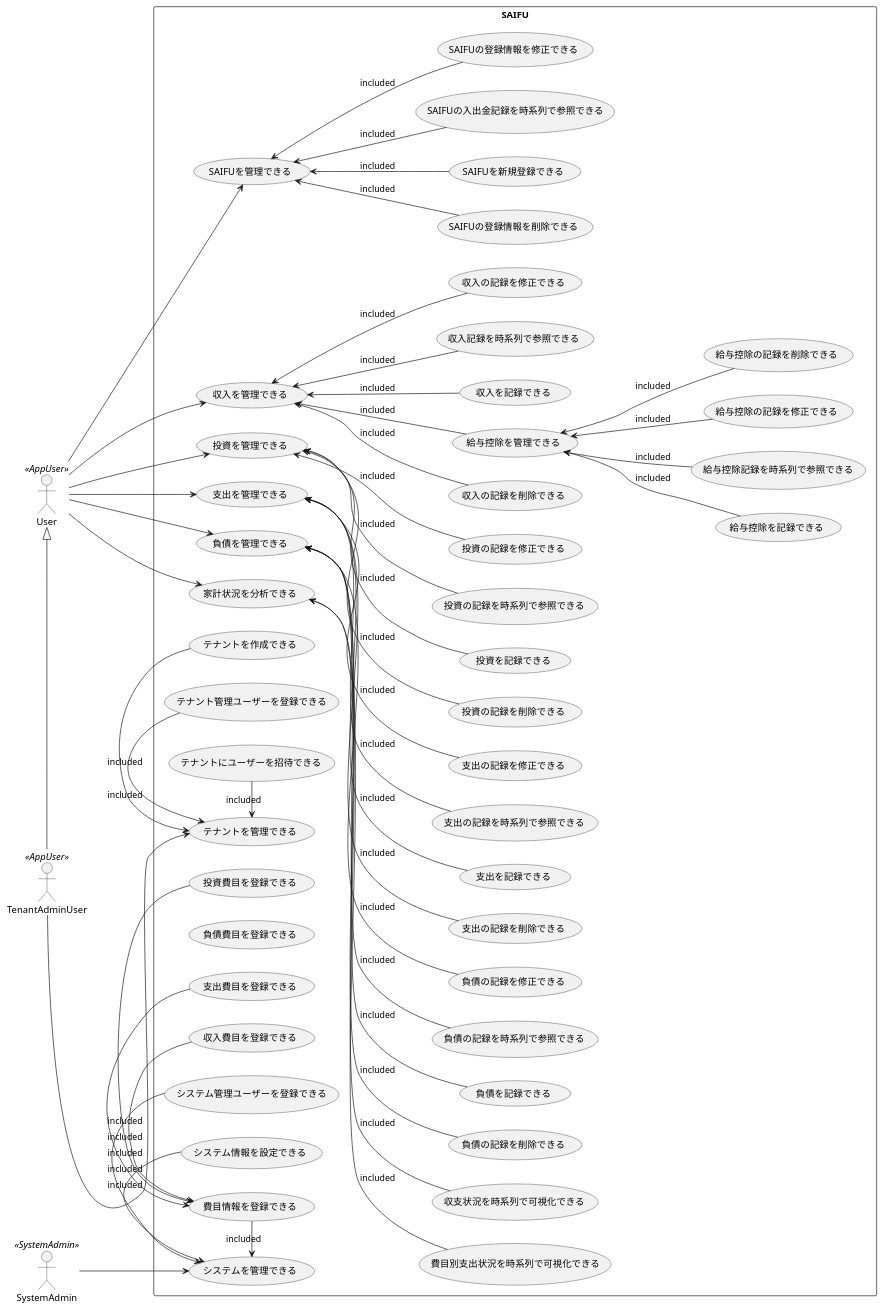
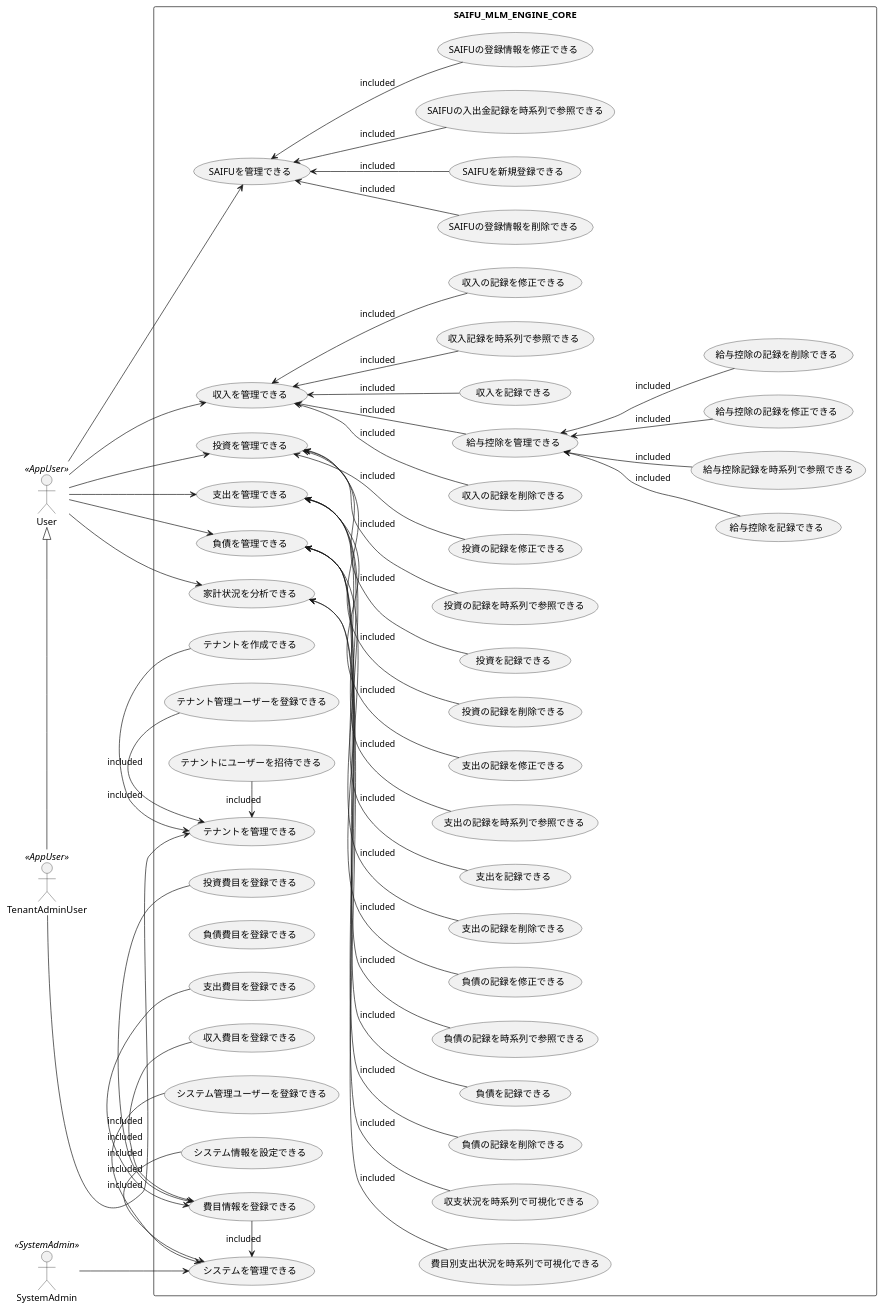
One commit to JojiKoike/saifu-docs changed the diagram in design/UseCase.wsd. Above: the diagram before and after it, drawn with PlantUML.

Commit message:
ユースケースの対象システム名修正

```diff
--- a/design/UseCase.wsd
+++ b/design/UseCase.wsd
@@ -1,122 +1,122 @@
 @startuml
 left to right direction
 
 ' Actor
 SystemAdmin <<SystemAdmin>>
 User <<AppUser>>
 TenantAdminUser <<AppUser>>
 User <|- TenantAdminUser
 
 ' Usecase
-rectangle SAIFU {
+rectangle SAIFU_MLM_ENGINE_CORE {
   ' Usecase Definitions
   ' System Admin Usecase
   usecase "システムを管理できる" as UC1
   usecase "費目情報を登録できる" as UC1_1
   usecase "収入費目を登録できる" as UC1_1_1
   usecase "投資費目を登録できる" as UC1_1_2
   usecase "支出費目を登録できる" as UC1_1_3
   usecase "負債費目を登録できる" as UC1_1_4
   usecase "システム管理ユーザーを登録できる" as UC1_2
   usecase "システム情報を設定できる" as UC1_3
   ' テナント
   usecase "テナントを管理できる" as UC2
   usecase "テナントを作成できる" as UC2_1
   usecase "テナント管理ユーザーを登録できる" as UC2_2
   usecase "テナントにユーザーを招待できる" as UC2_3
  ' SAIFU
   usecase "SAIFUを管理できる" as UC3
   usecase "SAIFUを新規登録できる" as UC3_1
   usecase "SAIFUの入出金記録を時系列で参照できる" as UC3_2
   usecase "SAIFUの登録情報を修正できる" as UC3_3
   usecase "SAIFUの登録情報を削除できる" as UC3_4
   ' 収入
   usecase "収入を管理できる" as UC4
   usecase "収入を記録できる" as UC4_1
   usecase "収入記録を時系列で参照できる" as UC4_2
   usecase "収入の記録を修正できる" as UC4_3
   usecase "収入の記録を削除できる" as UC4_4
   ' 給与控除
   usecase "給与控除を管理できる" as UC4_5
   usecase "給与控除を記録できる" as UC4_5_1
   usecase "給与控除記録を時系列で参照できる" as UC4_5_2
   usecase "給与控除の記録を修正できる" as UC4_5_3
   usecase "給与控除の記録を削除できる" as UC4_5_4
   ' 投資
   usecase "投資を管理できる" as UC5
   usecase "投資を記録できる" as UC5_1
   usecase "投資の記録を時系列で参照できる" as UC5_2
   usecase "投資の記録を修正できる" as UC5_3
   usecase "投資の記録を削除できる" as UC5_4
   ' 支出
   usecase "支出を管理できる" as UC6
   usecase "支出を記録できる" as UC6_1
   usecase "支出の記録を時系列で参照できる" as UC6_2
   usecase "支出の記録を修正できる" as UC6_3
   usecase "支出の記録を削除できる" as UC6_4
   ' 負債
   usecase "負債を管理できる" as UC7
   usecase "負債を記録できる" as UC7_1
   usecase "負債の記録を時系列で参照できる" as UC7_2
   usecase "負債の記録を修正できる" as UC7_3
   usecase "負債の記録を削除できる" as UC7_4
   ' 分析
   usecase "家計状況を分析できる" as UC8
   usecase "収支状況を時系列で可視化できる" as UC8_1
   usecase "費目別支出状況を時系列で可視化できる" as UC8_2
 
   ' Usecase Structure Definitions
   ' System Admin UseCase
   UC1 <- UC1_1 : included
   UC1_1 <- UC1_1_1 : included
   UC1_1 <- UC1_1_2 : included
   UC1_1 <- UC1_1_3 : included
   UC1 <- UC1_2 : included
   UC1 <- UC1_3 : included
 
   ' Tenant Owner User UseCase
   UC2 <- UC2_1 : included
   UC2 <- UC2_2 : included
   UC2 <- UC2_3 : included
 
   ' User UseCase
   UC3 <-- UC3_1 : included
   UC3 <-- UC3_2 : included
   UC3 <-- UC3_3 : included
   UC3 <-- UC3_4 : included
   UC4 <-- UC4_1 : included
   UC4 <-- UC4_2 : included
   UC4 <-- UC4_3 : included
   UC4 <-- UC4_4 : included
   UC4_5 <-- UC4_5_1 : included
   UC4_5 <-- UC4_5_2 : included
   UC4_5 <-- UC4_5_3 : included
   UC4_5 <-- UC4_5_4 : included
   UC4 <-- UC4_5 : included
   UC5 <-- UC5_1 : included
   UC5 <-- UC5_2 : included
   UC5 <-- UC5_3 : included
   UC5 <-- UC5_4 : included
   UC6 <-- UC6_1 : included
   UC6 <-- UC6_2 : included
   UC6 <-- UC6_3 : included
   UC6 <-- UC6_4 : included
   UC7 <-- UC7_1 : included
   UC7 <-- UC7_2 : included
   UC7 <-- UC7_3 : included
   UC7 <-- UC7_4 : included
   UC8 <-- UC8_1 : included
   UC8 <-- UC8_2 : included
 }
 
 ' Usecase And Actor Relationship Definitions
 SystemAdmin --> UC1
 TenantAdminUser --> UC2
 User --> UC3
 User --> UC4
 User --> UC5
 User --> UC6
 User --> UC7
 User --> UC8
 
 @enduml
```
